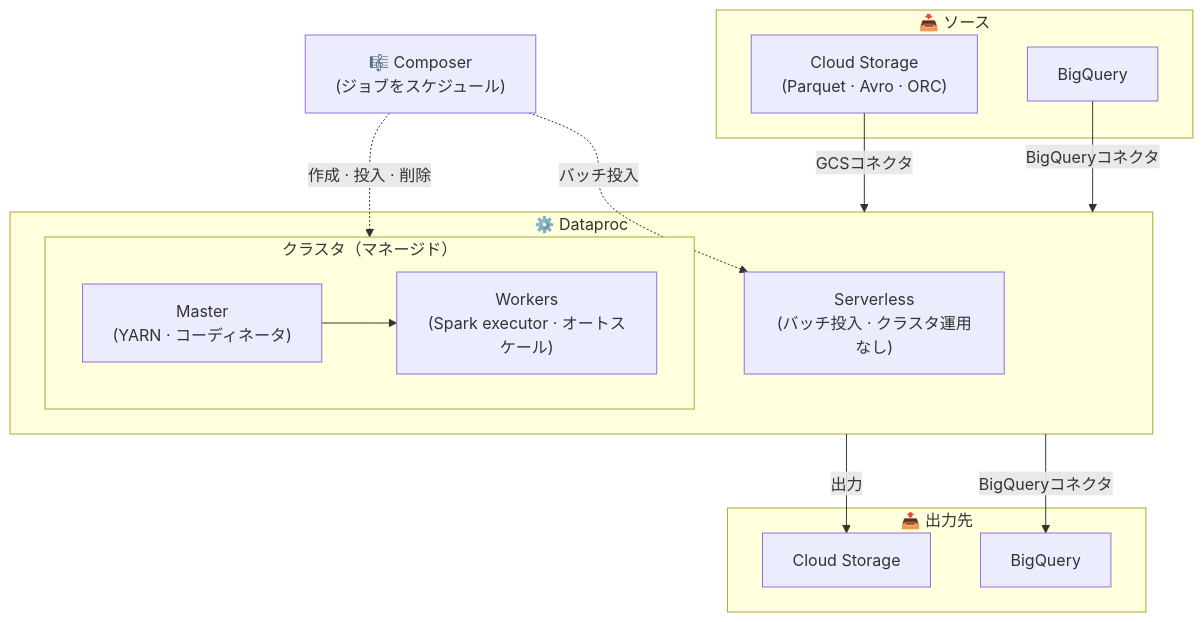
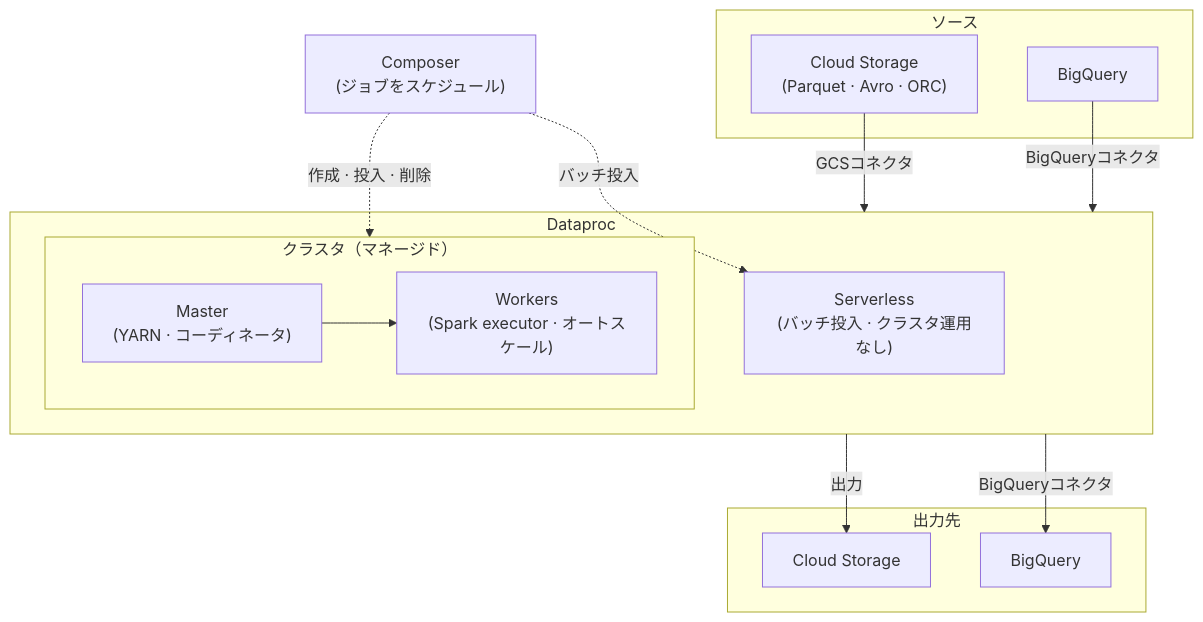
Before and after one commit to Maskish86/gcp-pde-exam-guide-ja: the diagram in content/Processing/Dataproc.md, drawn with Mermaid. The commit also changed 6 other files, not shown here.

````diff
--- a/content/Processing/Dataproc.md
+++ b/content/Processing/Dataproc.md
@@ -37,34 +37,34 @@
 ```mermaid
 flowchart TB
 
-ORC["🎼 Composer<br/>(ジョブをスケジュール)"]
+ORC["Composer<br/>(ジョブをスケジュール)"]
 
-subgraph SRC["📥 ソース"]
+subgraph SRC["ソース"]
     GCS_IN["Cloud Storage<br/>(Parquet · Avro · ORC)"]
     BQ_IN[BigQuery]
 end
 
-subgraph DPC["⚙️ Dataproc"]
+subgraph DPC["Dataproc"]
     subgraph CLUSTER["クラスタ（マネージド）"]
         direction LR
         M["Master<br/>(YARN · コーディネータ)"]
         W["Workers<br/>(Spark executor · オートスケール)"]
         M --> W
     end
     SLS["Serverless<br/>(バッチ投入 · クラスタ運用なし)"]
 end
 
-subgraph SNK["📤 出力先"]
+subgraph SNK["出力先"]
     GCS_OUT[Cloud Storage]
     BQ_OUT[BigQuery]
 end
 
 ORC -.->|作成 · 投入 · 削除| CLUSTER
 ORC -.->|バッチ投入| SLS
 
 GCS_IN -->|GCSコネクタ| DPC
 BQ_IN -->|BigQueryコネクタ| DPC
 
 DPC -->|出力| GCS_OUT
 DPC -->|BigQueryコネクタ| BQ_OUT
 ```
````
